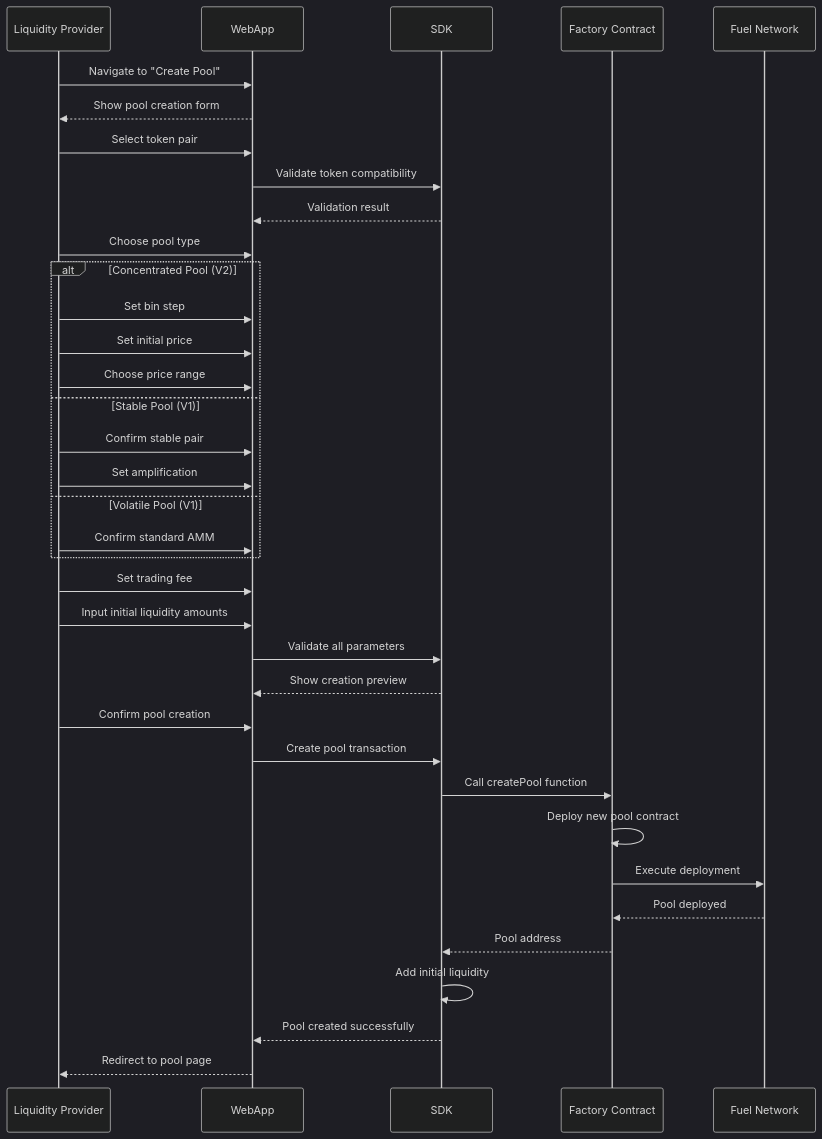
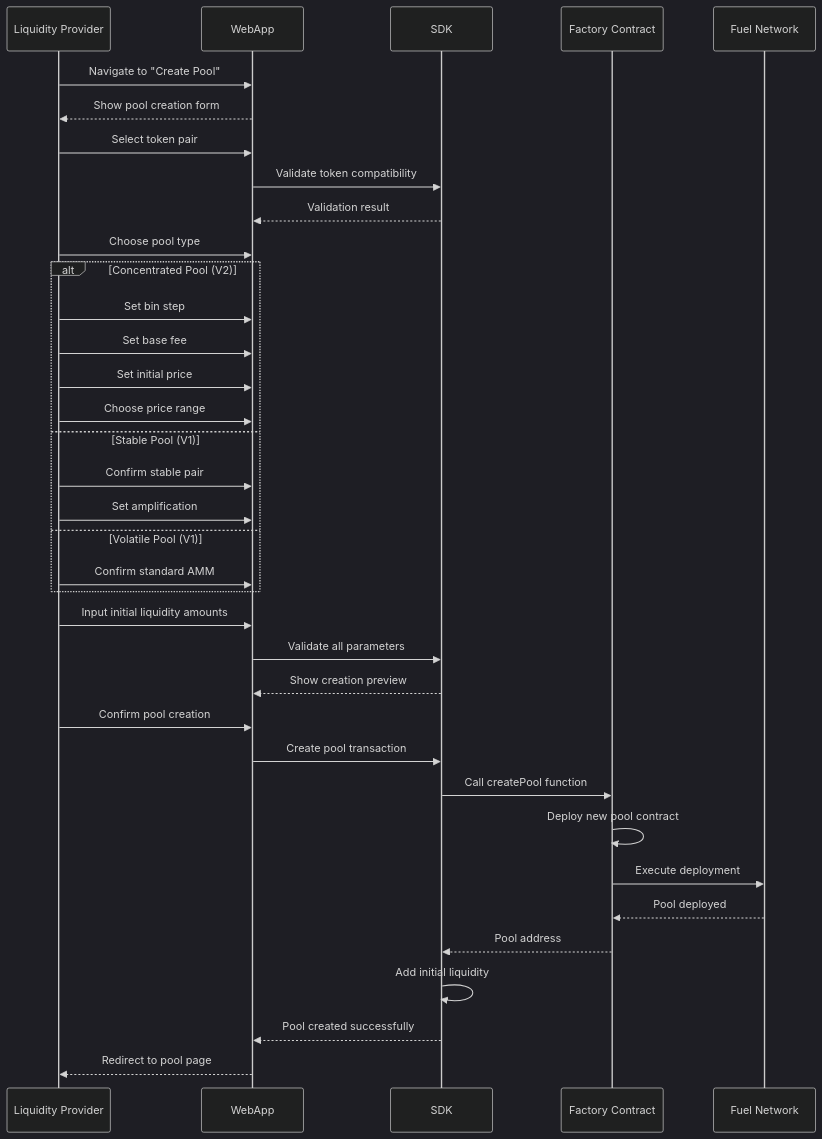
One commit to mira-amm/mira-amm-web changed the third of 8 diagrams in docs/sequences.md. Above: the diagram before and after it, drawn with Mermaid (dark theme). The commit also changed 1 other file, not shown here.

Commit message:
docs: Add create pool user flow for concentrated liquidity

````diff
--- a/docs/sequences.md
+++ b/docs/sequences.md
@@ -105,47 +105,47 @@
 ```mermaid
 sequenceDiagram
     participant LP as Liquidity Provider
     participant WebApp
     participant SDK
     participant Factory as Factory Contract
     participant Fuel as Fuel Network
 
     LP->>WebApp: Navigate to "Create Pool"
     WebApp-->>LP: Show pool creation form
 
     LP->>WebApp: Select token pair
     WebApp->>SDK: Validate token compatibility
     SDK-->>WebApp: Validation result
 
     LP->>WebApp: Choose pool type
 
     alt Concentrated Pool (V2)
         LP->>WebApp: Set bin step
+        LP->>WebApp: Set base fee
         LP->>WebApp: Set initial price
         LP->>WebApp: Choose price range
     else Stable Pool (V1)
         LP->>WebApp: Confirm stable pair
         LP->>WebApp: Set amplification
     else Volatile Pool (V1)
         LP->>WebApp: Confirm standard AMM
     end
 
-    LP->>WebApp: Set trading fee
     LP->>WebApp: Input initial liquidity amounts
 
     WebApp->>SDK: Validate all parameters
     SDK-->>WebApp: Show creation preview
 
     LP->>WebApp: Confirm pool creation
     WebApp->>SDK: Create pool transaction
 
     SDK->>Factory: Call createPool function
     Factory->>Factory: Deploy new pool contract
     Factory->>Fuel: Execute deployment
     Fuel-->>Factory: Pool deployed
     Factory-->>SDK: Pool address
 
     SDK->>SDK: Add initial liquidity
     SDK-->>WebApp: Pool created successfully
     WebApp-->>LP: Redirect to pool page
 ```
````
